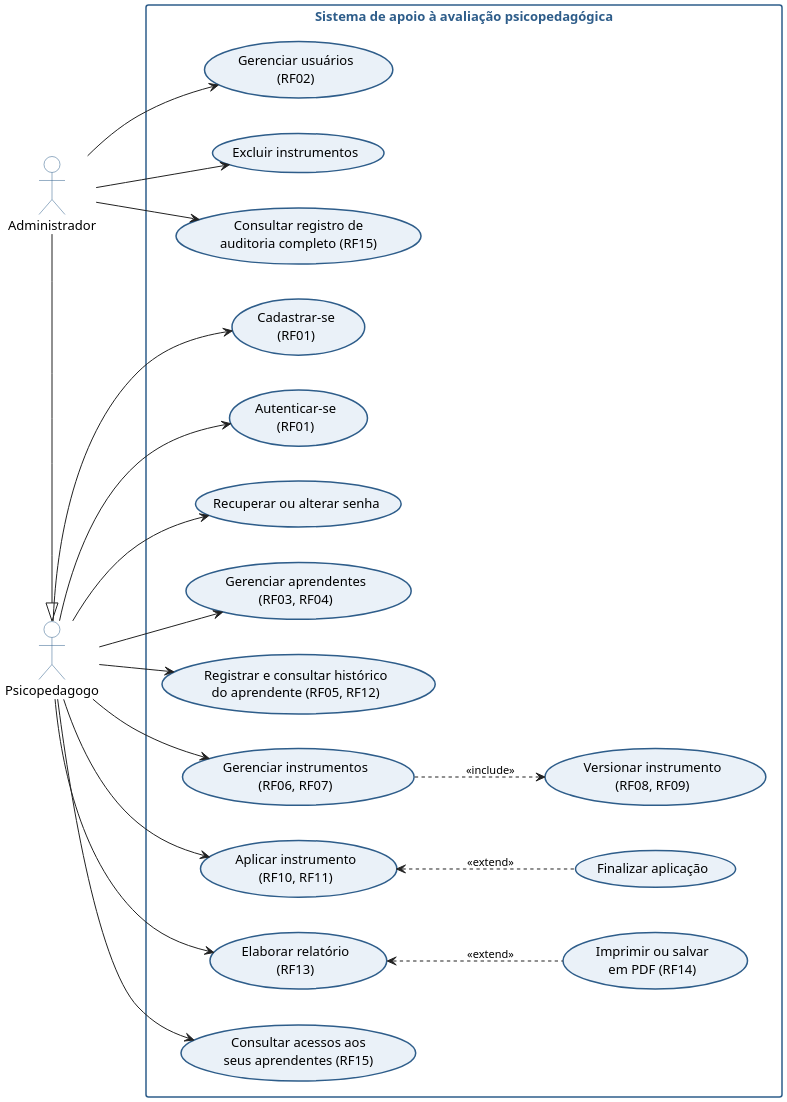
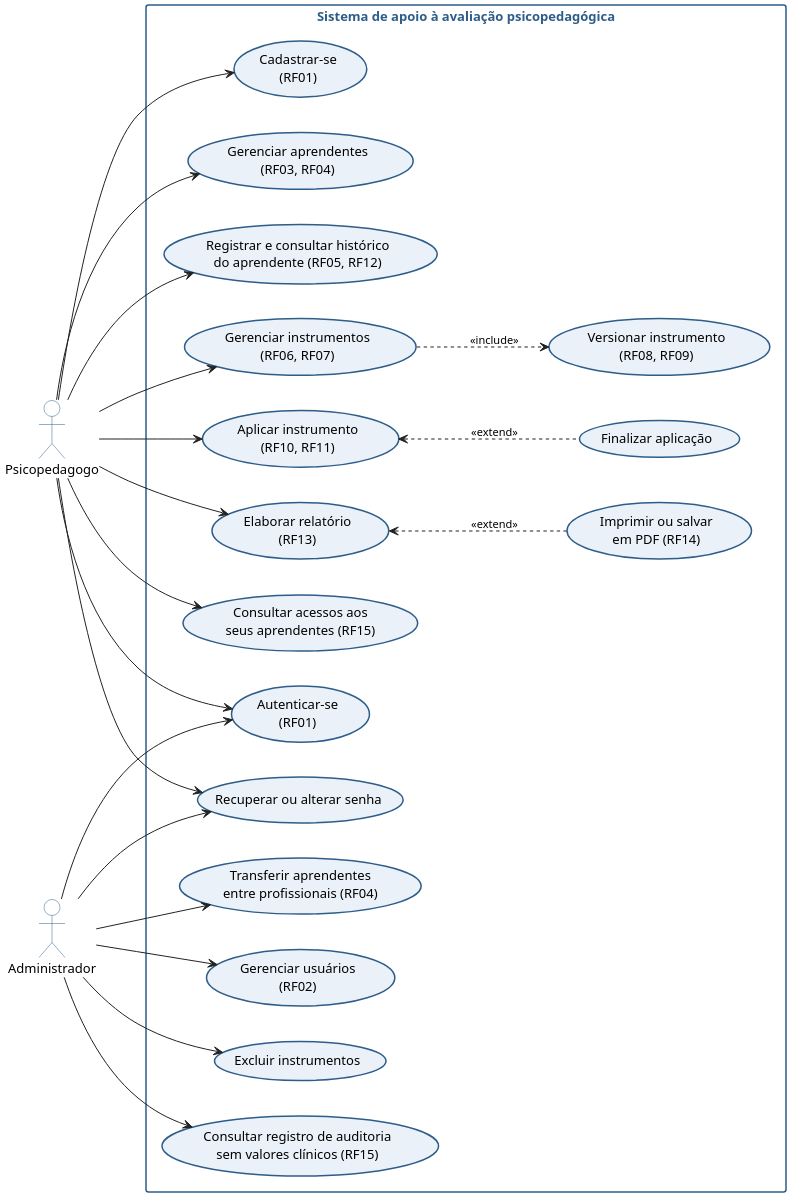
Before and after one commit to sanielle-azara/tcc: the diagram in docs/diagramas/casos_de_uso.puml, drawn with PlantUML. The commit also changed 38 other files, not shown here.

```diff
--- a/docs/diagramas/casos_de_uso.puml
+++ b/docs/diagramas/casos_de_uso.puml
@@ -1,65 +1,70 @@
 @startuml casos_de_uso
 ' Diagrama de casos de uso do sistema (Seção de requisitos do TCC).
 ' Gerar PNG: docker run --rm -v "$PWD/docs/diagramas:/data" plantuml/plantuml -tpng /data/casos_de_uso.puml
 left to right direction
 skinparam dpi 200
 skinparam defaultFontName Arial
 skinparam defaultFontSize 13
 skinparam shadowing false
 skinparam ArrowColor #222222
 skinparam ArrowFontSize 11
 skinparam actorBorderColor #2e5d8a
 skinparam actorBackgroundColor #ffffff
 skinparam usecase {
   BackgroundColor #eaf1f8
   BorderColor #2e5d8a
   BorderThickness 1.5
 }
 skinparam rectangle {
   BorderColor #2e5d8a
   BorderThickness 1.5
   FontStyle bold
   FontColor #2e5d8a
 }
 
 actor "Psicopedagogo" as P
 actor "Administrador" as A
-A -|> P
+' O Administrador não herda os casos de uso do Psicopedagogo: por sigilo
+' profissional, não acessa aprendentes, aplicações nem relatórios.
 
 rectangle "Sistema de apoio à avaliação psicopedagógica" {
   usecase "Cadastrar-se\n(RF01)" as UC01
   usecase "Autenticar-se\n(RF01)" as UC02
   usecase "Recuperar ou alterar senha" as UC03
   usecase "Gerenciar aprendentes\n(RF03, RF04)" as UC04
   usecase "Registrar e consultar histórico\ndo aprendente (RF05, RF12)" as UC05
   usecase "Gerenciar instrumentos\n(RF06, RF07)" as UC06
   usecase "Versionar instrumento\n(RF08, RF09)" as UC07
   usecase "Aplicar instrumento\n(RF10, RF11)" as UC08
   usecase "Finalizar aplicação" as UC09
   usecase "Elaborar relatório\n(RF13)" as UC10
   usecase "Imprimir ou salvar\nem PDF (RF14)" as UC11
   usecase "Consultar acessos aos\nseus aprendentes (RF15)" as UC12
   usecase "Gerenciar usuários\n(RF02)" as UC13
   usecase "Excluir instrumentos" as UC14
-  usecase "Consultar registro de\nauditoria completo (RF15)" as UC15
+  usecase "Consultar registro de auditoria\nsem valores clínicos (RF15)" as UC15
+  usecase "Transferir aprendentes\nentre profissionais (RF04)" as UC16
 }
 
 P --> UC01
 P --> UC02
 P --> UC03
 P --> UC04
 P --> UC05
 P --> UC06
 P --> UC08
 P --> UC10
 P --> UC12
 
+A --> UC02
+A --> UC03
 A --> UC13
 A --> UC14
 A --> UC15
+A --> UC16
 
 UC06 ..> UC07 : <<include>>
 ' Escrito no sentido inverso para que os casos base fiquem na coluna do ator
 UC08 <.. UC09 : <<extend>>
 UC10 <.. UC11 : <<extend>>
 @enduml
```
